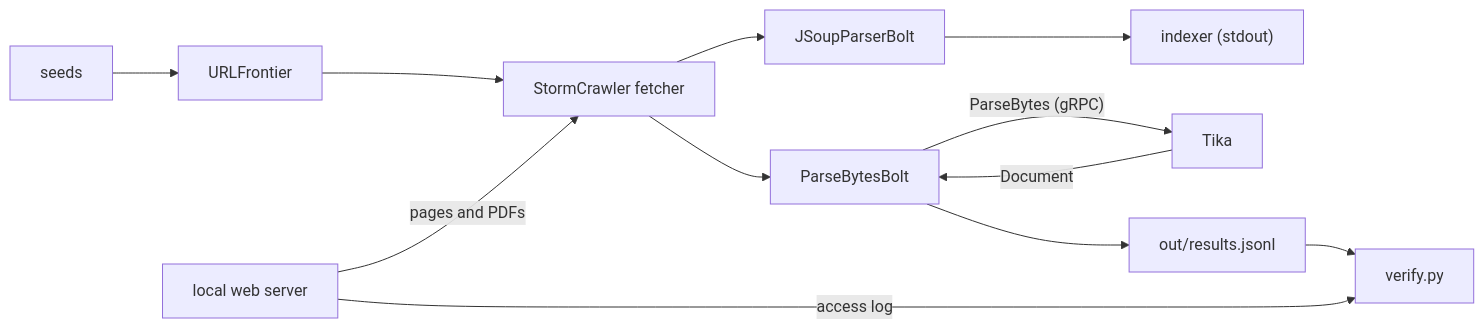
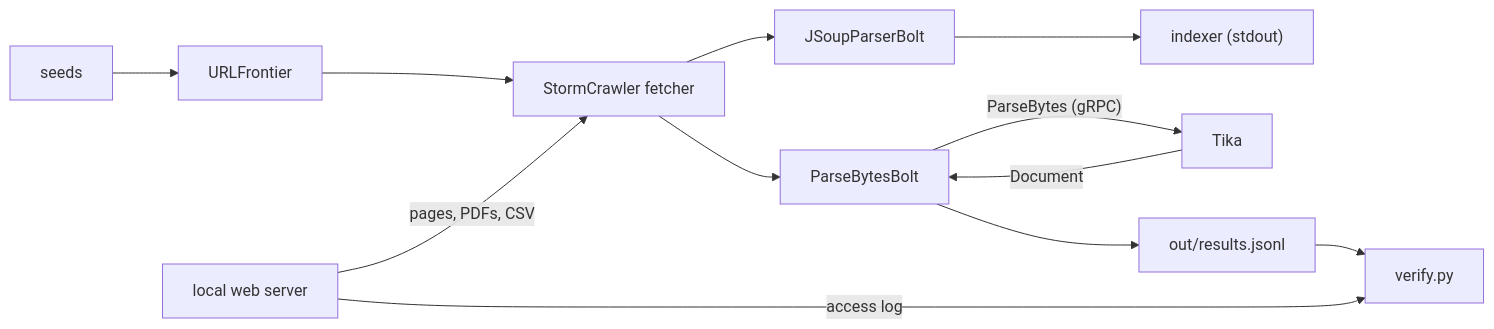
The diagram in README.md (dpol1/tika-demo), drawn with Mermaid before and after one commit. The commit also changed other lines of this file and 9 other files, not shown here.

````diff
--- a/README.md
+++ b/README.md
@@ -21,13 +31,13 @@
 ```mermaid
 flowchart LR
     seeds --> frontier[URLFrontier]
     frontier --> fetcher[StormCrawler fetcher]
-    web[local web server] -- pages and PDFs --> fetcher
+    web[local web server] -- pages, PDFs, CSV --> fetcher
     fetcher --> jsoup[JSoupParserBolt] --> indexer["indexer (stdout)"]
     fetcher --> bolt[ParseBytesBolt]
     bolt -- "ParseBytes (gRPC)" --> tika[Tika]
     tika -- Document --> bolt
     bolt --> results["out/results.jsonl"]
     results --> verify[verify.py]
     web -- access log --> verify
 ```
````
